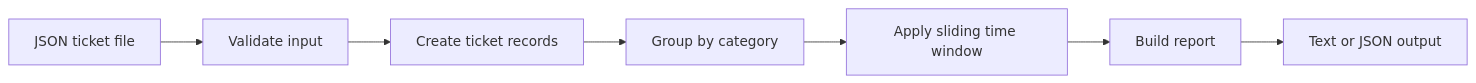
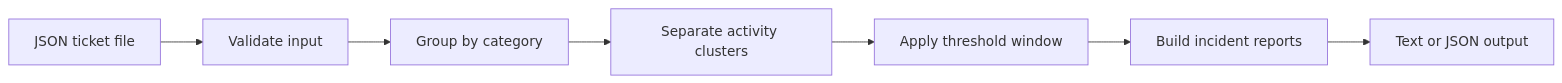
The diagram in README.md (kay-freeman/incident-signal), drawn with Mermaid before and after one commit. The commit also changed other lines of this file and 3 other files, not shown here.

````diff
--- a/README.md
+++ b/README.md
@@ -20,9 +24,9 @@
 ```mermaid
 flowchart LR
     A[JSON ticket file] --> B[Validate input]
-    B --> C[Create ticket records]
-    C --> D[Group by category]
-    D --> E[Apply sliding time window]
-    E --> F[Build report]
+    B --> C[Group by category]
+    C --> D[Separate activity clusters]
+    D --> E[Apply threshold window]
+    E --> F[Build incident reports]
     F --> G[Text or JSON output]
 ```
````
